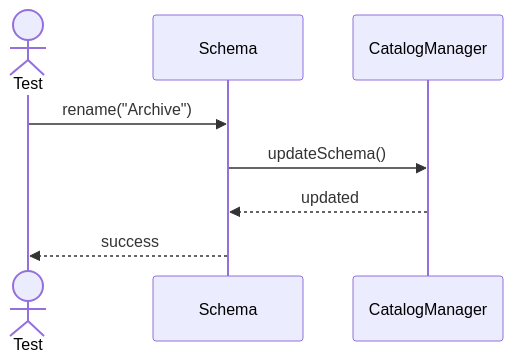
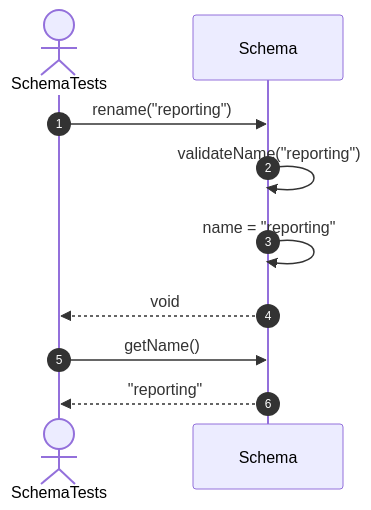
Before and after one commit to FhuAnn/-bbv-AN-s-DBMS: the fourth of 15 diagrams in src/tests/unit/metadata/sequences/schemas-testing-sequences.md, drawn with Mermaid. The commit also changed other lines of this file and 60 other files, not shown here.

````diff
--- a/src/tests/unit/metadata/sequences/schemas-testing-sequences.md
+++ b/src/tests/unit/metadata/sequences/schemas-testing-sequences.md
@@ -69,14 +66,14 @@
 ```mermaid
 sequenceDiagram
-actor Test
-participant Schema
-participant CatalogManager
+    autonumber
+    actor Test as SchemaTests
+    participant Schema as Schema
 
-Test->>Schema: rename("Archive")
+    Test->>Schema: rename("reporting")
+    Schema->>Schema: validateName("reporting")
+    Schema->>Schema: name = "reporting"
+    Schema-->>Test: void
 
-Schema->>CatalogManager: updateSchema()
-
-CatalogManager-->>Schema: updated
-
-Schema-->>Test: success
+    Test->>Schema: getName()
+    Schema-->>Test: "reporting"
 ```
````
